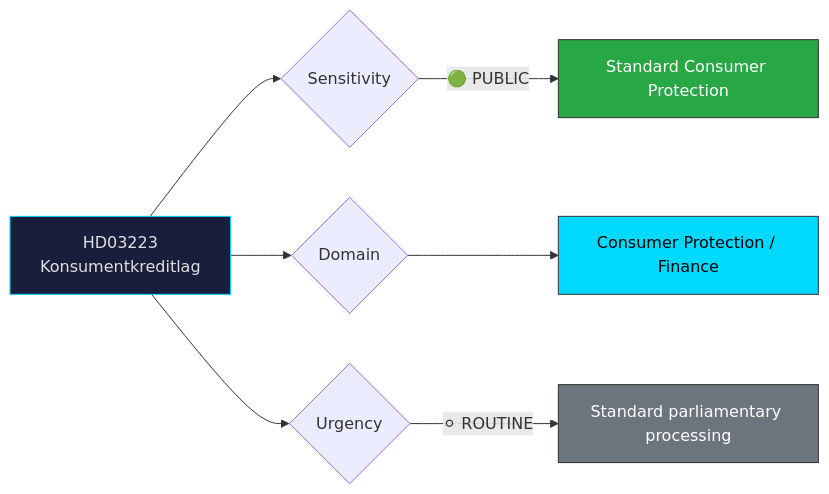
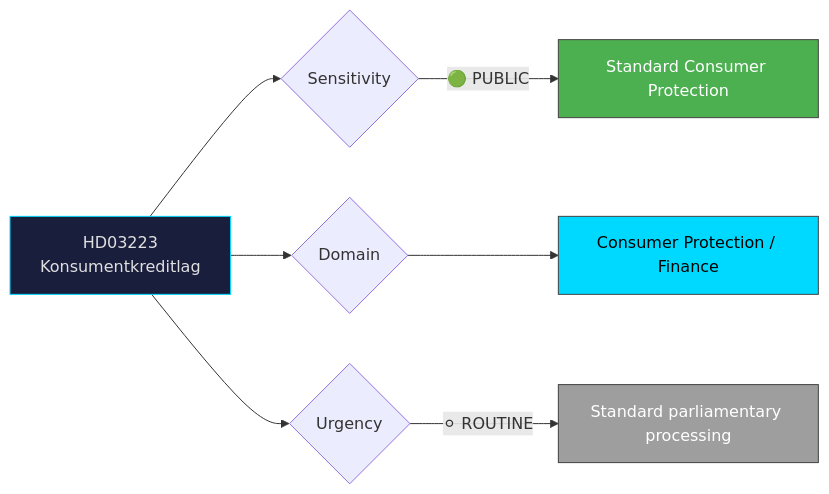
One commit to Hack23/riksdagsmonitor changed the diagram in analysis/daily/2026-03-31/documents/HD03223-analysis.md. Above: the diagram before and after it, drawn with Mermaid. The commit also changed 785 other files, not shown here.

First line of the commit message:
Normalize mermaid colors across 786 analysis artifacts to ISMS Style Guide palette

````diff
--- a/analysis/daily/2026-03-31/documents/HD03223-analysis.md
+++ b/analysis/daily/2026-03-31/documents/HD03223-analysis.md
@@ -26,16 +26,16 @@
 ```mermaid
 graph LR
     A["HD03223<br/>Konsumentkreditlag"] --> B{Sensitivity}
     B -->|"🟢 PUBLIC"| E["Standard Consumer Protection"]
 
     A --> G{Domain}
     G --> H["Consumer Protection / Finance"]
 
     A --> I{Urgency}
     I -->|"⚪ ROUTINE"| M["Standard parliamentary processing"]
 
     style A fill:#1a1e3d,stroke:#00d9ff,color:#e0e0e0
-    style E fill:#28a745,stroke:#333,color:#fff
-    style H fill:#00d9ff,stroke:#333,color:#000
-    style M fill:#6c757d,stroke:#333,color:#fff
+    style E fill:#4CAF50,stroke:#424242,color:#FFFFFF
+    style H fill:#00d9ff,stroke:#424242,color:#000000
+    style M fill:#9E9E9E,stroke:#424242,color:#FFFFFF
 ```
````
